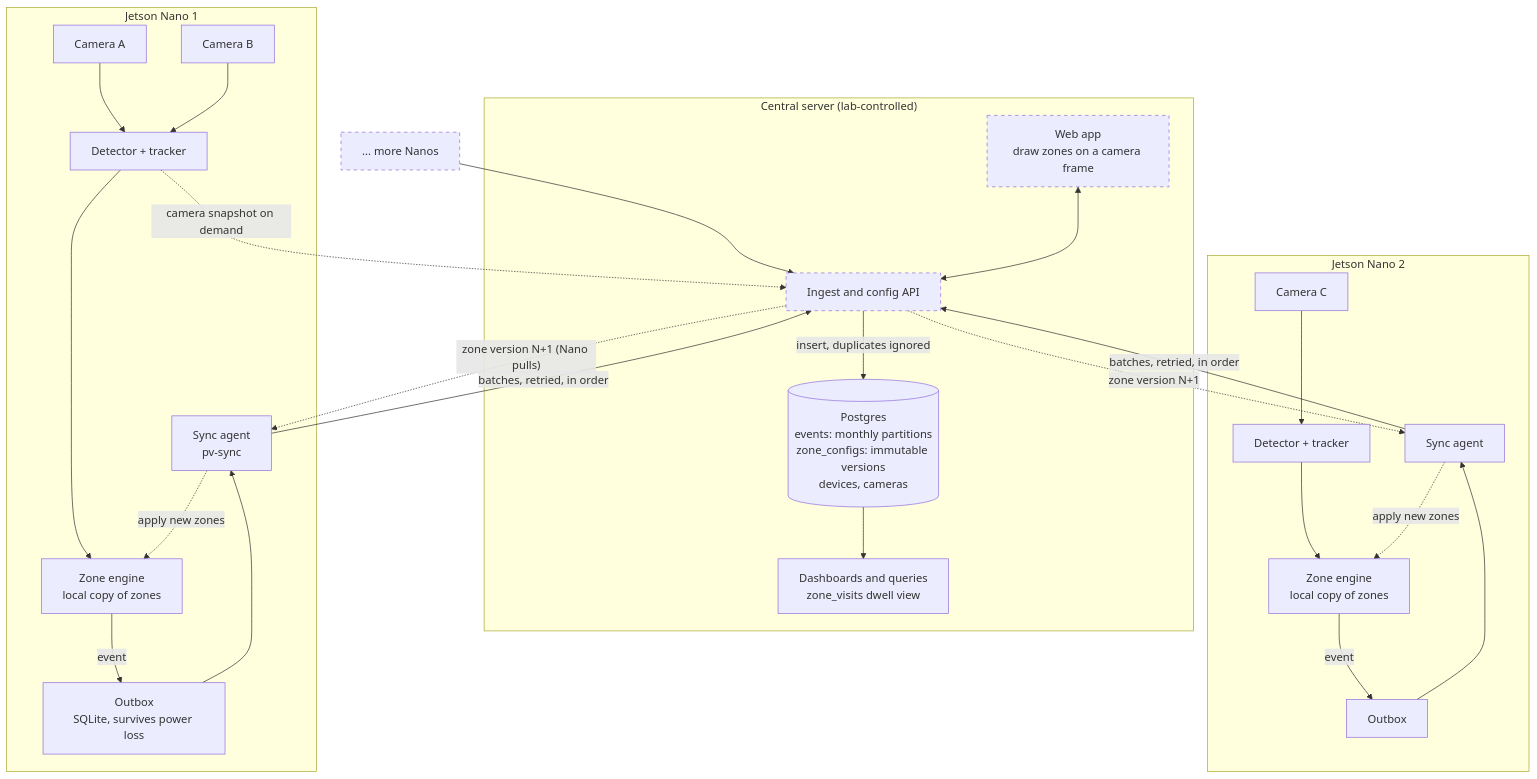
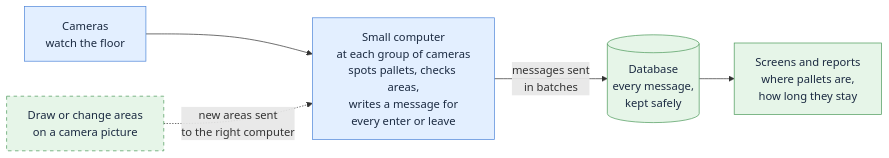
The second of 2 diagrams in docs/post-inference.md (gt-axlab-hmgma/pallet-tracking), drawn with Mermaid before and after one commit. The commit also changed other lines of this file, not shown here.

First line of the commit message:
docs: rewrite post-inference diagrams for a non-technical audience

````diff
--- a/docs/post-inference.md
+++ b/docs/post-inference.md
@@ -46,42 +25,14 @@
 ```mermaid
-flowchart TB
-  subgraph Central["Central server (lab-controlled)"]
-    WEB["Web app<br/>draw zones on a camera frame"]
-    API["Ingest and config API"]
-    PG[("Postgres<br/>events: monthly partitions<br/>zone_configs: immutable versions<br/>devices, cameras")]
-    DASH["Dashboards and queries<br/>zone_visits dwell view"]
-  end
+flowchart LR
+  CAM["Cameras<br/>watch the floor"] --> PC["Small computer<br/>at each group of cameras<br/>spots pallets, checks areas,<br/>writes a message for<br/>every enter or leave"]
+  PC -- "messages sent<br/>in batches" --> DB[("Database<br/>every message,<br/>kept safely")]
+  DB --> SCREEN["Screens and reports<br/>where pallets are,<br/>how long they stay"]
+  DRAW["Draw or change areas<br/>on a camera picture"] -. "new areas sent<br/>to the right computer" .-> PC
 
-  subgraph N1["Jetson Nano 1"]
-    CA["Camera A"] --> DET1["Detector + tracker"]
-    CB["Camera B"] --> DET1
-    DET1 --> ZE1["Zone engine<br/>local copy of zones"]
-    ZE1 -- "event" --> OB1["Outbox<br/>SQLite, survives power loss"]
-    OB1 --> SY1["Sync agent<br/>pv-sync"]
-  end
-
-  subgraph N2["Jetson Nano 2"]
-    CC["Camera C"] --> DET2["Detector + tracker"]
-    DET2 --> ZE2["Zone engine<br/>local copy of zones"]
-    ZE2 -- "event" --> OB2["Outbox"]
-    OB2 --> SY2["Sync agent"]
-  end
-
-  NN["... more Nanos"]
-
-  SY1 -- "batches, retried, in order" --> API
-  SY2 -- "batches, retried, in order" --> API
-  NN --> API
-  API -- "insert, duplicates ignored" --> PG
-  PG --> DASH
-  WEB <--> API
-
-  API -. "zone version N+1 (Nano pulls)" .-> SY1
-  API -. "zone version N+1" .-> SY2
-  SY1 -. "apply new zones" .-> ZE1
-  SY2 -. "apply new zones" .-> ZE2
-  DET1 -. "camera snapshot on demand" .-> API
-
-  classDef planned stroke-dasharray: 5 5;
-  class API,WEB,NN planned;
+  classDef floor fill:#e3efff,stroke:#4f86d9,color:#1b2a41;
+  classDef office fill:#e6f5e8,stroke:#4c9a5b,color:#1b2a41;
+  classDef notYet fill:#e6f5e8,stroke:#4c9a5b,color:#1b2a41,stroke-dasharray: 5 5;
+  class CAM,PC floor;
+  class DB,SCREEN office;
+  class DRAW notYet;
 ```
````
